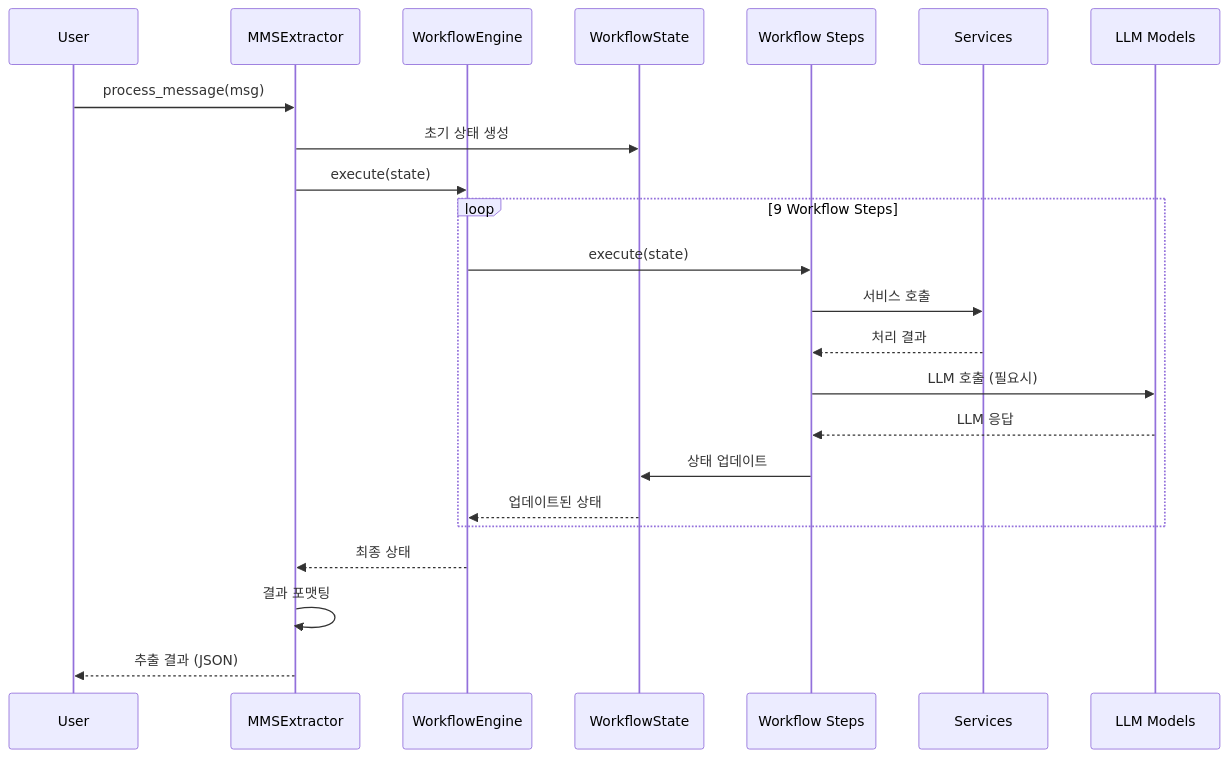
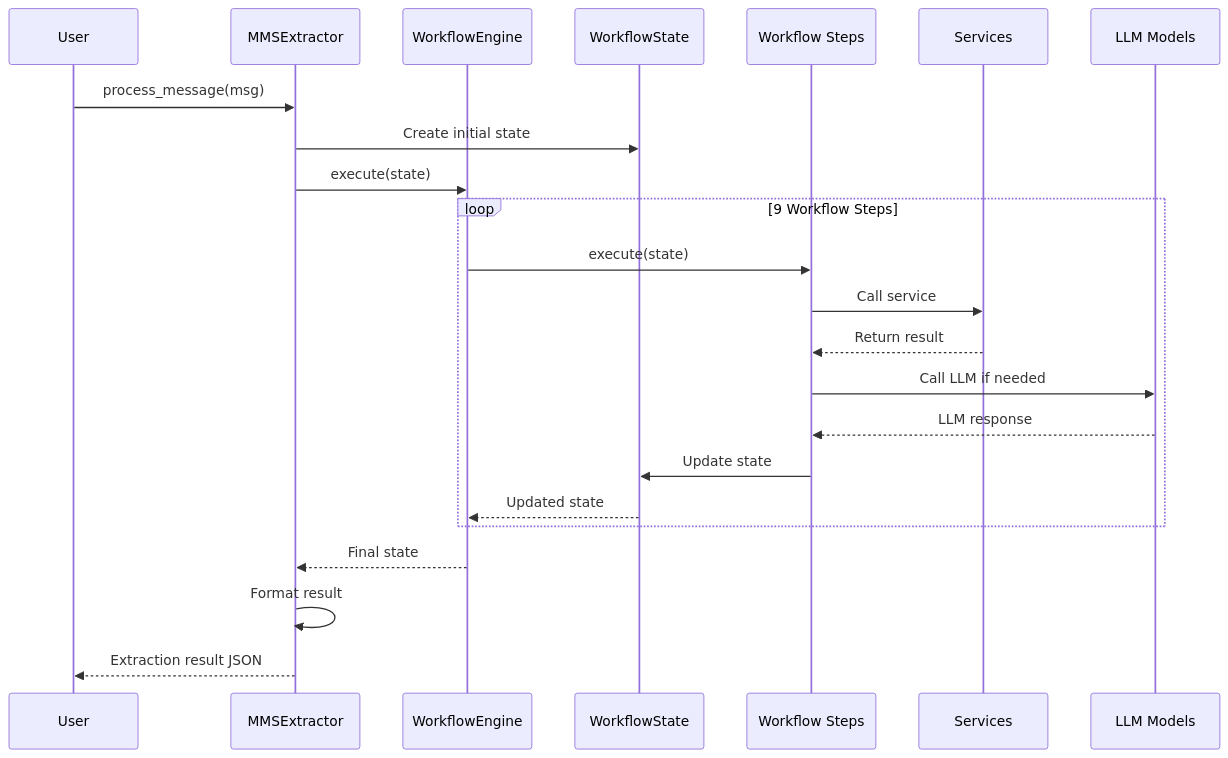
Before and after one commit to yonggoghi/AgenticWorkflow: the second of 4 diagrams in mms_extractor_exp/docs/ARCHITECTURE.md, drawn with Mermaid. The commit also changed other lines of this file, not shown here.

First line of the commit message:
fix: Fix Mermaid diagram rendering in ARCHITECTURE.md

````diff
--- a/mms_extractor_exp/docs/ARCHITECTURE.md
+++ b/mms_extractor_exp/docs/ARCHITECTURE.md
@@ -126,28 +126,28 @@
 ```mermaid
 sequenceDiagram
     participant User
     participant Extractor as MMSExtractor
     participant Engine as WorkflowEngine
     participant State as WorkflowState
     participant Steps as Workflow Steps
     participant Services as Services
     participant LLM as LLM Models
     
     User->>Extractor: process_message(msg)
-    Extractor->>State: 초기 상태 생성
+    Extractor->>State: Create initial state
     Extractor->>Engine: execute(state)
     
     loop 9 Workflow Steps
         Engine->>Steps: execute(state)
-        Steps->>Services: 서비스 호출
-        Services-->>Steps: 처리 결과
-        Steps->>LLM: LLM 호출 (필요시)
-        LLM-->>Steps: LLM 응답
-        Steps->>State: 상태 업데이트
-        State-->>Engine: 업데이트된 상태
+        Steps->>Services: Call service
+        Services-->>Steps: Return result
+        Steps->>LLM: Call LLM if needed
+        LLM-->>Steps: LLM response
+        Steps->>State: Update state
+        State-->>Engine: Updated state
     end
     
-    Engine-->>Extractor: 최종 상태
-    Extractor->>Extractor: 결과 포맷팅
-    Extractor-->>User: 추출 결과 (JSON)
+    Engine-->>Extractor: Final state
+    Extractor->>Extractor: Format result
+    Extractor-->>User: Extraction result JSON
 ```
````
